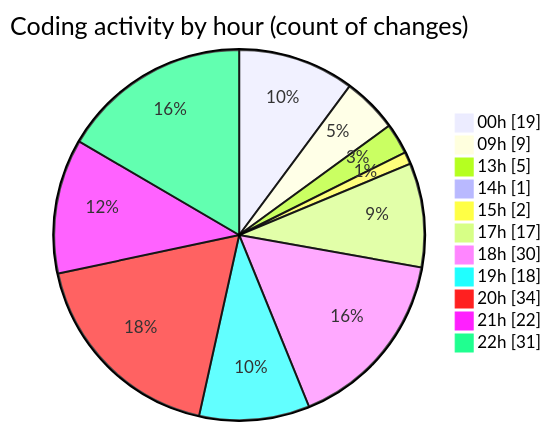
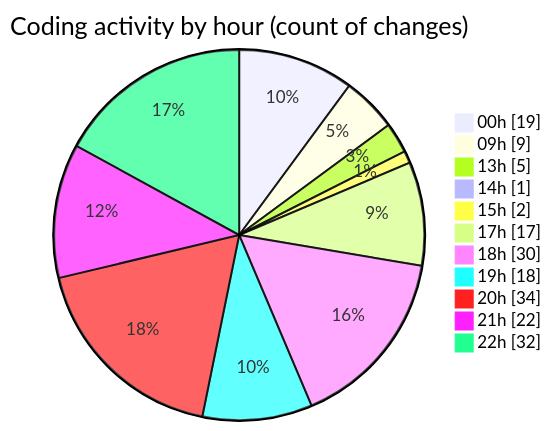
One commit to EIIisD/code-tracking changed the second of 2 diagrams in 2025-08-12/ribbon/README.md. Above: the diagram before and after it, drawn with Mermaid. The commit also changed other lines of this file and 1 other file, not shown here.

````diff
--- a/2025-08-12/ribbon/README.md
+++ b/2025-08-12/ribbon/README.md
@@ -58,15 +58,15 @@
 ```mermaid
 pie showData
 title Coding activity by hour (count of changes)
 "00h" : 19
 "09h" : 9
 "13h" : 5
 "14h" : 1
 "15h" : 2
 "17h" : 17
 "18h" : 30
 "19h" : 18
 "20h" : 34
 "21h" : 22
-"22h" : 31
+"22h" : 32
 ```
````
